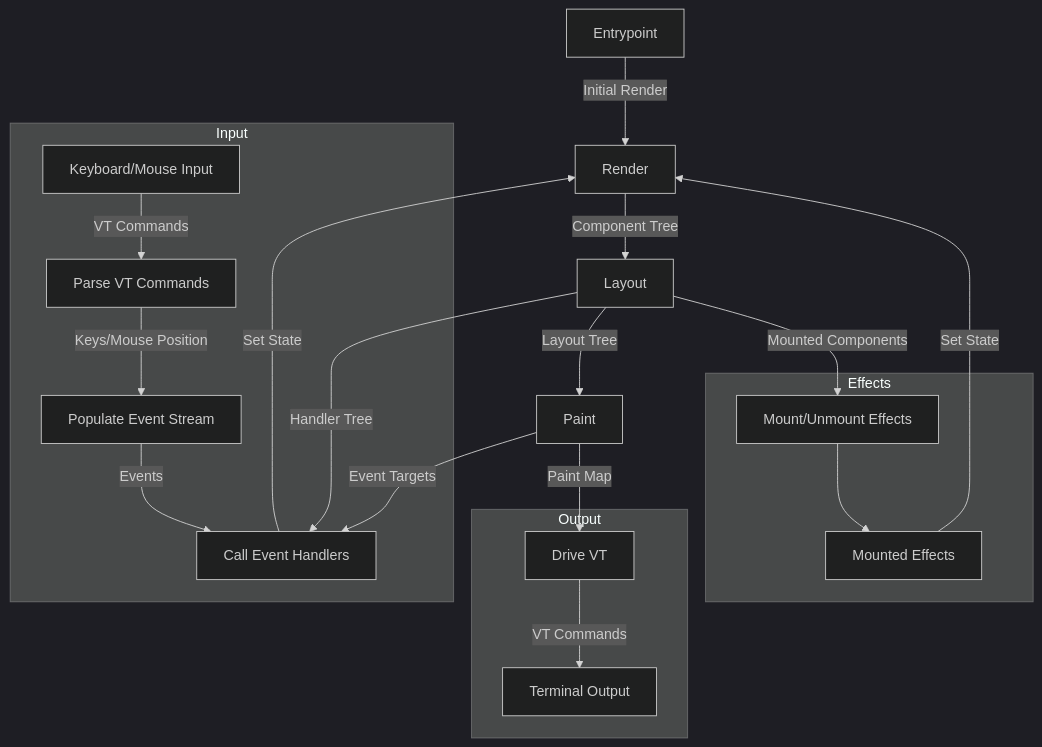
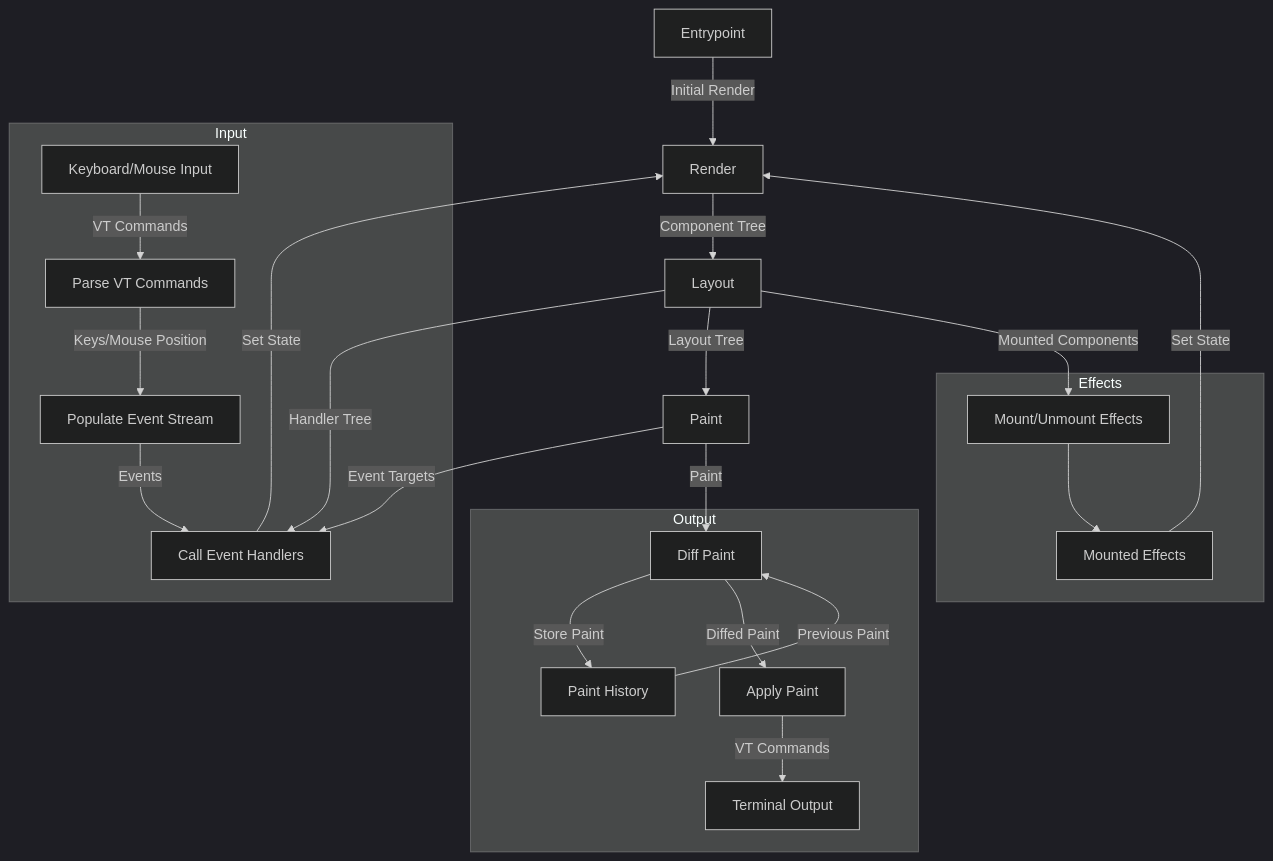
The diagram in docs/app-flow.md (JoshKarpel/counterweight), drawn with Mermaid (dark theme) before and after one commit. The commit also changed 12 other files, not shown here.

Commit message:
Apply paint to alternate screen; log to file instead of stdout (#14)

````diff
--- a/docs/app-flow.md
+++ b/docs/app-flow.md
@@ -3,44 +3,51 @@
 ```mermaid
 flowchart TB
 
     en[Entrypoint]
     r[Render]
     l[Layout]
     p[Paint]
 
     subgraph Output
-        d[Drive VT]
+        ph[Paint History]
+        dp[Diff Paint]
+        d[Apply Paint]
         t[Terminal Output]
     end
 
     subgraph Input
         i[Keyboard/Mouse Input]
         vp[Parse VT Commands]
         ev[Populate Event Stream]
         eh[Call Event Handlers]
     end
 
     subgraph Effects
         efm[Mount/Unmount Effects]
         eff[Mounted Effects]
     end
 
     en -- Initial Render --> r
     r -- Component Tree --> l
     l -- Layout Tree --> p
-    p -- Paint Map --> d
+    p -- Paint --> dp
+
+    ph -- Previous Paint --> dp
+    dp -- Store Paint --> ph
+    dp -- Diffed Paint --> d
+
     d -- VT Commands --> t
 
     i -- VT Commands --> vp
     vp -- Keys/Mouse Position --> ev
     ev -- Events --> eh
     l -- Handler Tree --> eh
     p -- Event Targets --> eh
 
     eh -- Set State --> r
 
     l -- Mounted Components --> efm
     efm --> eff
     eff -- Set State --> r
 
 ```
````
